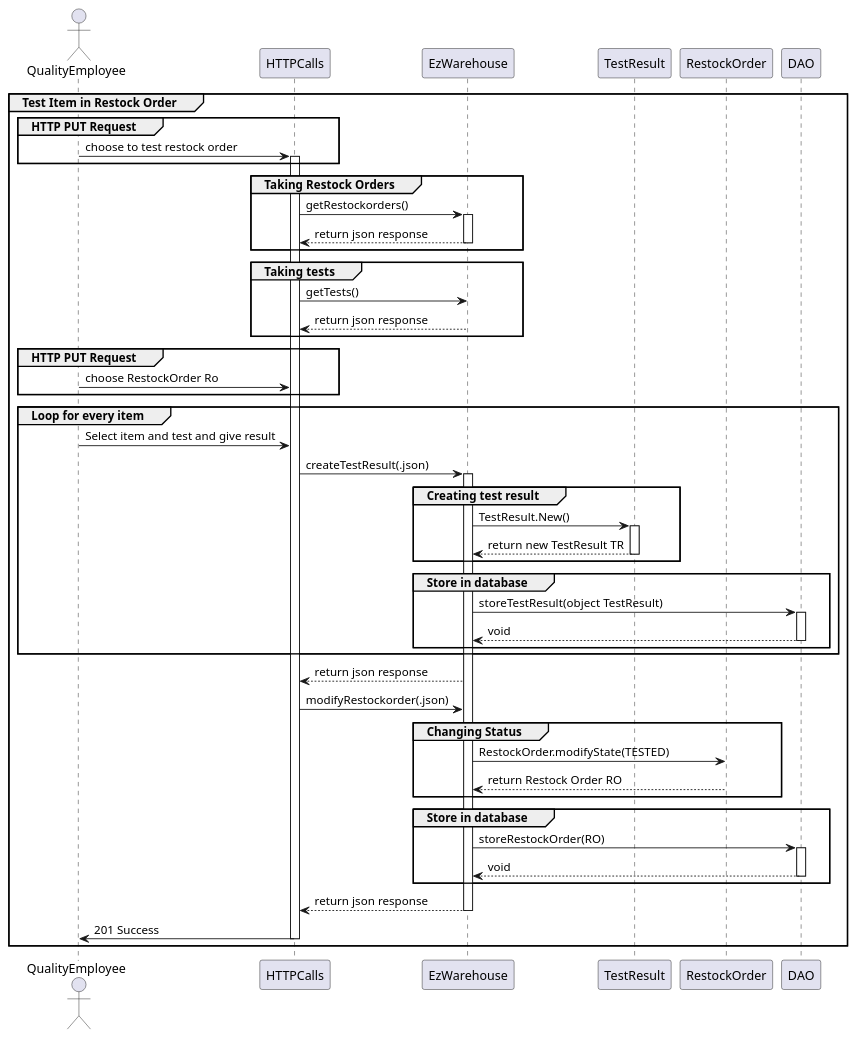
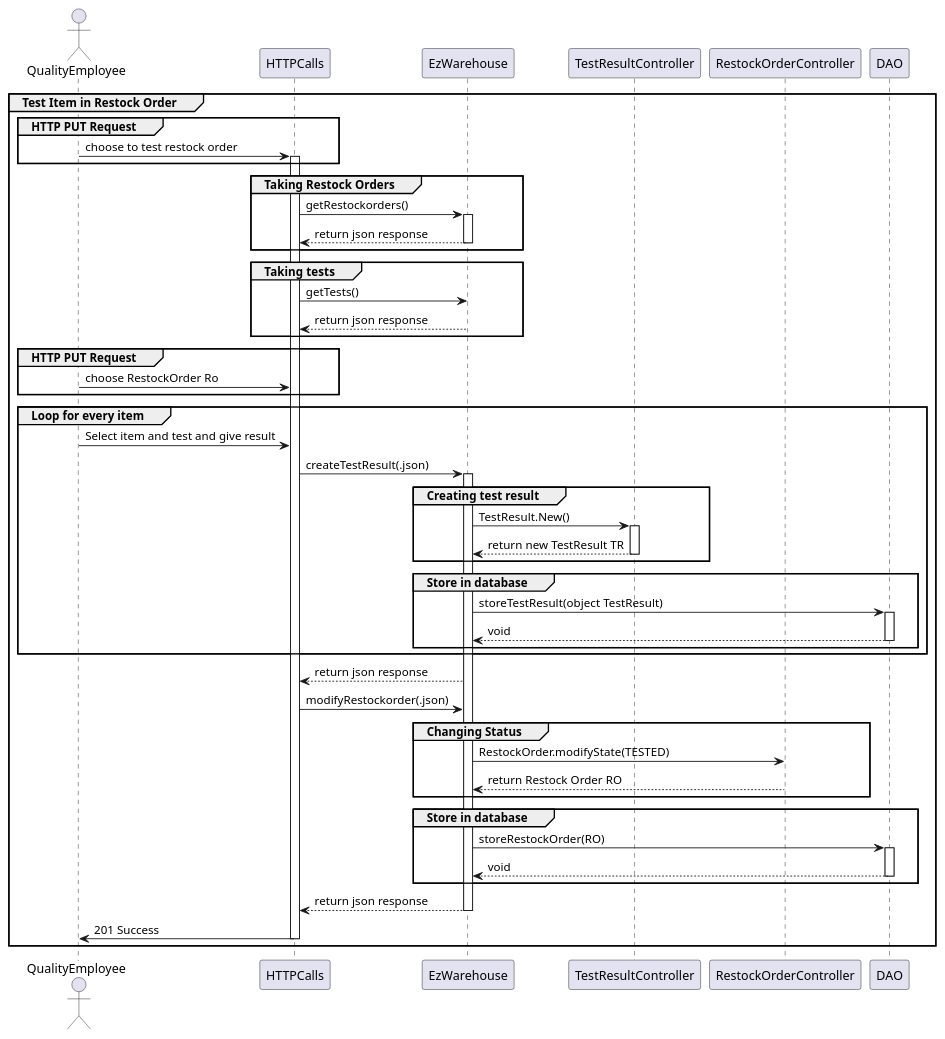
One commit to DavideArcolini/SoftEng_garbageCollector changed diagram 11 of 19 in DesignDocument.md. Above: the diagram before and after it, drawn with PlantUML. The commit also changed other lines of this file and 5 other files, not shown here.

````diff
--- a/DesignDocument.md
+++ b/DesignDocument.md
@@ -664,72 +670,72 @@
 ```plantuml
 actor QualityEmployee 
 participant HTTPCalls
 participant EzWarehouse
-participant TestResult
-participant RestockOrder
+participant TestResultController as TestResult
+participant RestockOrderController as RestockOrder
 participant DAO
 
 group Test Item in Restock Order
 group HTTP PUT Request
 QualityEmployee->HTTPCalls: choose to test restock order
 activate HTTPCalls
 end
 
 group Taking Restock Orders
 HTTPCalls->EzWarehouse:   getRestockorders()
 activate EzWarehouse
 EzWarehouse-->HTTPCalls: return json response
 deactivate EzWarehouse
 end
 
 group Taking tests
 HTTPCalls->EzWarehouse: getTests()
 EzWarehouse-->HTTPCalls: return json response
 deactivate EzWarehouse
 end
 
 group HTTP PUT Request
 QualityEmployee->HTTPCalls: choose RestockOrder Ro
 end
 
 group Loop for every item
 QualityEmployee ->HTTPCalls: Select item and test and give result
 HTTPCalls->EzWarehouse: createTestResult(.json)
 activate EzWarehouse
 
 group Creating test result
 EzWarehouse->TestResult: TestResult.New()
 activate TestResult
 TestResult-->EzWarehouse: return new TestResult TR
 deactivate TestResult
 end
 
 group Store in database
 EzWarehouse->DAO: storeTestResult(object TestResult)
 activate DAO
 DAO-->EzWarehouse: void
 deactivate DAO
 end
 end
 
 EzWarehouse-->HTTPCalls: return json response
 HTTPCalls->EzWarehouse: modifyRestockorder(.json)
 
 group Changing Status
 EzWarehouse->RestockOrder: RestockOrder.modifyState(TESTED)
 RestockOrder-->EzWarehouse: return Restock Order RO
 end
 
 group Store in database
 EzWarehouse->DAO: storeRestockOrder(RO)
 activate DAO
 DAO-->EzWarehouse: void
 deactivate DAO
 end
 
 EzWarehouse-->HTTPCalls: return json response
 deactivate EzWarehouse
 HTTPCalls->QualityEmployee : 201 Success
 deactivate HTTPCalls
 end
 ```
````
